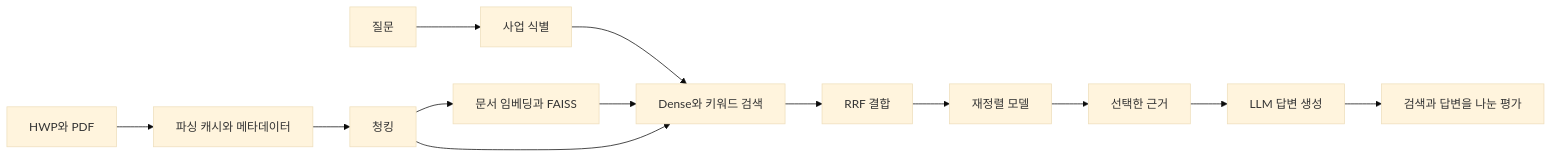
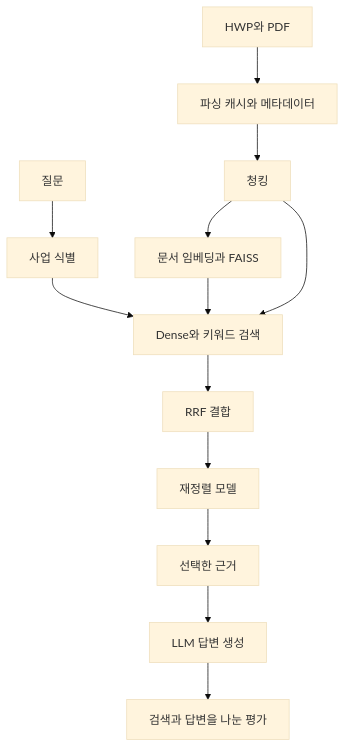
Before and after one commit to mingilee97/rag-project-part3-2team-main: the diagram in README.md, drawn with Mermaid (base theme).

Commit message:
README 아키텍처 도표를 읽기 쉬운 세로 배치로 조정

````diff
--- a/README.md
+++ b/README.md
@@ -38,15 +38,15 @@
 ```mermaid
-flowchart LR
+flowchart TB
     A[HWP와 PDF] --> B[파싱 캐시와 메타데이터]
     B --> C[청킹]
     C --> D[문서 임베딩과 FAISS]
     Q[질문] --> E[사업 식별]
     E --> F[Dense와 키워드 검색]
     D --> F
     C --> F
     F --> G[RRF 결합]
     G --> H[재정렬 모델]
     H --> I[선택한 근거]
     I --> J[LLM 답변 생성]
     J --> K[검색과 답변을 나눈 평가]
 ```
````
